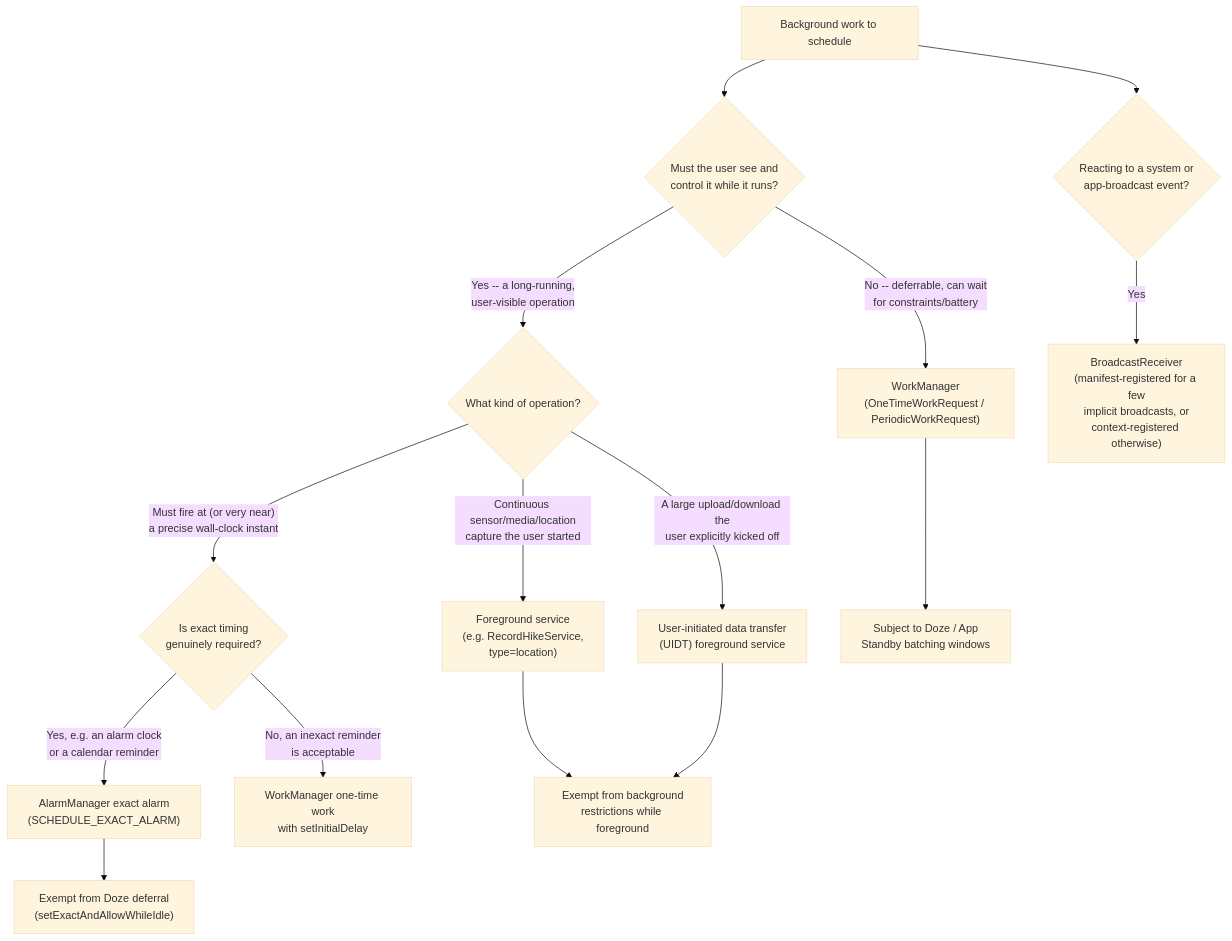
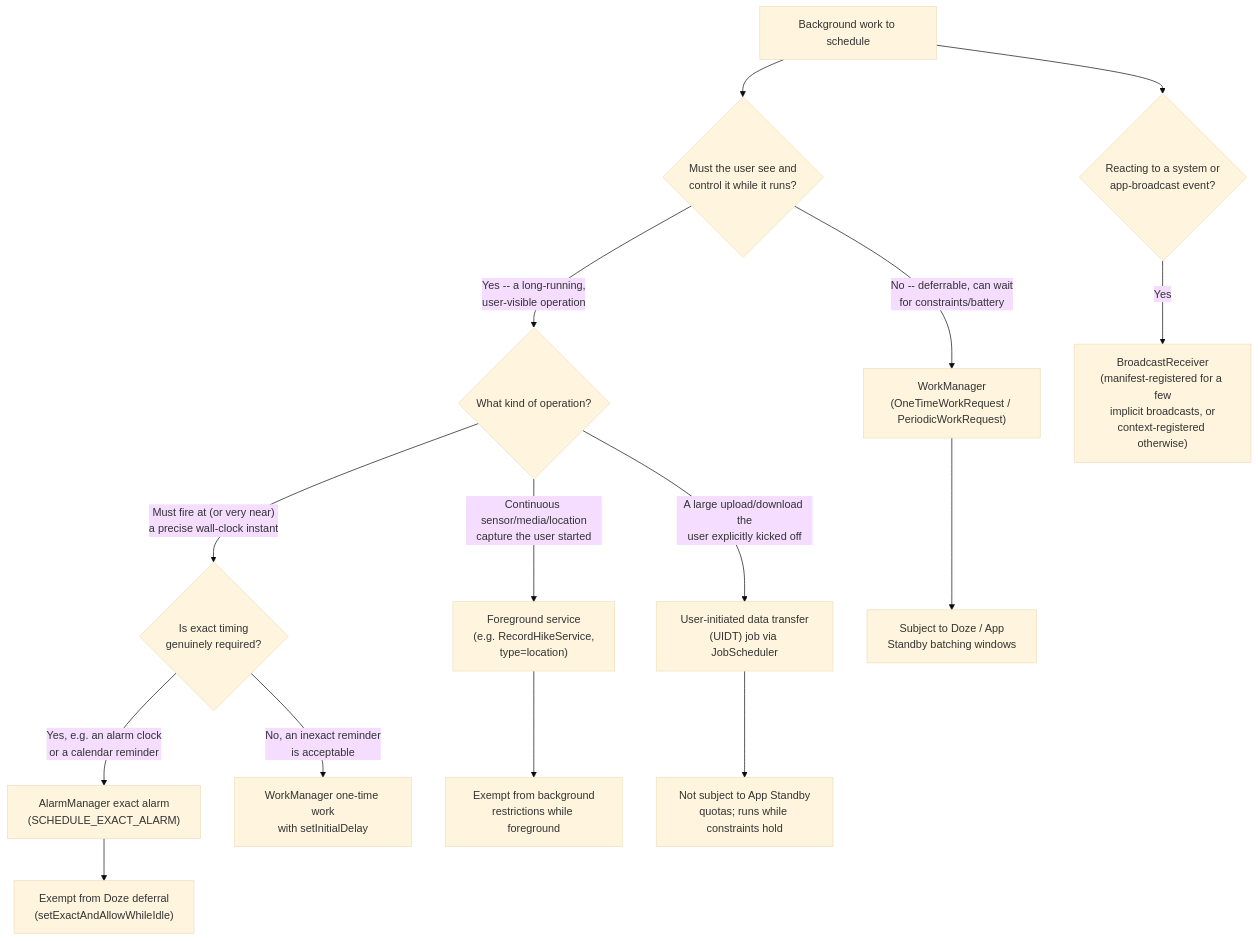
One commit to albertoirurueta/docs changed the diagram in modules/ROOT/pages/apps/android/background-work-and-services.adoc. Above: the diagram before and after it, drawn with Mermaid (base theme). The commit also changed other lines of this file and 41 other files, not shown here.

```diff
--- a/modules/ROOT/pages/apps/android/background-work-and-services.adoc
+++ b/modules/ROOT/pages/apps/android/background-work-and-services.adoc
@@ -31,18 +31,18 @@
 [mermaid]
 ....
 flowchart TD
     A["Background work to schedule"] --> B{"Must the user see and\ncontrol it while it runs?"}
     B -- "No -- deferrable, can wait\nfor constraints/battery" --> C["WorkManager\n(OneTimeWorkRequest / PeriodicWorkRequest)"]
     B -- "Yes -- a long-running,\nuser-visible operation" --> D{"What kind of operation?"}
     D -- "Continuous sensor/media/location\ncapture the user started" --> E["Foreground service\n(e.g. RecordHikeService,\ntype=location)"]
-    D -- "A large upload/download the\nuser explicitly kicked off" --> F["User-initiated data transfer\n(UIDT) foreground service"]
+    D -- "A large upload/download the\nuser explicitly kicked off" --> F["User-initiated data transfer\n(UIDT) job via JobScheduler"]
     D -- "Must fire at (or very near)\na precise wall-clock instant" --> G{"Is exact timing\ngenuinely required?"}
     G -- "Yes, e.g. an alarm clock\nor a calendar reminder" --> H["AlarmManager exact alarm\n(SCHEDULE_EXACT_ALARM)"]
     G -- "No, an inexact reminder\nis acceptable" --> I["WorkManager one-time work\nwith setInitialDelay"]
     A --> J{"Reacting to a system or\napp-broadcast event?"}
     J -- "Yes" --> K["BroadcastReceiver\n(manifest-registered for a few\nimplicit broadcasts, or\ncontext-registered otherwise)"]
     C --> L["Subject to Doze / App\nStandby batching windows"]
     E --> M["Exempt from background\nrestrictions while foreground"]
-    F --> M
+    F --> O["Not subject to App Standby\nquotas; runs while constraints hold"]
     H --> N["Exempt from Doze deferral\n(setExactAndAllowWhileIdle)"]
 ....
```
